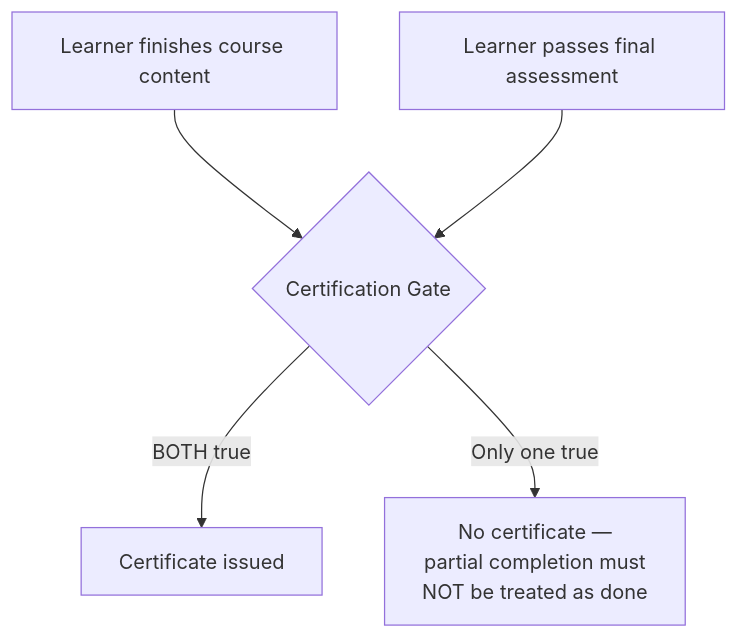
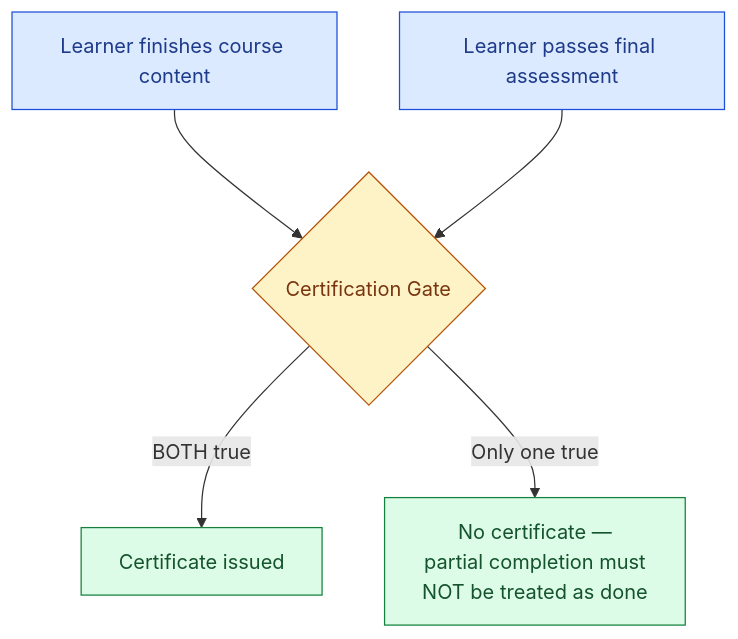
The fifth of 10 diagrams in Part_09_Agile_Testing.md (ghanendra-sdet/manual-testing-playbook), drawn with Mermaid before and after one commit. The commit also changed other lines of this file and 15 other files, not shown here.

Commit message:
Fix broken routes and anchors; update OWASP 2025, ISTQB v4.0, WCAG 2.2, Jira/Zephyr naming and pricing; style diagrams

````diff
--- a/Part_09_Agile_Testing.md
+++ b/Part_09_Agile_Testing.md
@@ -635,7 +660,16 @@
 ```mermaid
 graph TD
     A["Learner finishes course content"] --> C{"Certification Gate"}
     B["Learner passes final assessment"] --> C
     C -->|"BOTH true"| D["Certificate issued"]
     C -->|"Only one true"| E["No certificate —<br/>partial completion must<br/>NOT be treated as done"]
+
+    classDef start fill:#dbeafe,stroke:#1d4ed8,color:#1e3a8a
+    classDef step fill:#e0e7ff,stroke:#4338ca,color:#1e1b4b
+    classDef decision fill:#fef3c7,stroke:#b45309,color:#78350f
+    classDef good fill:#dcfce7,stroke:#15803d,color:#14532d
+    classDef bad fill:#fee2e2,stroke:#b91c1c,color:#7f1d1d
+    class A,B start
+    class C decision
+    class D,E good
 ```
````
